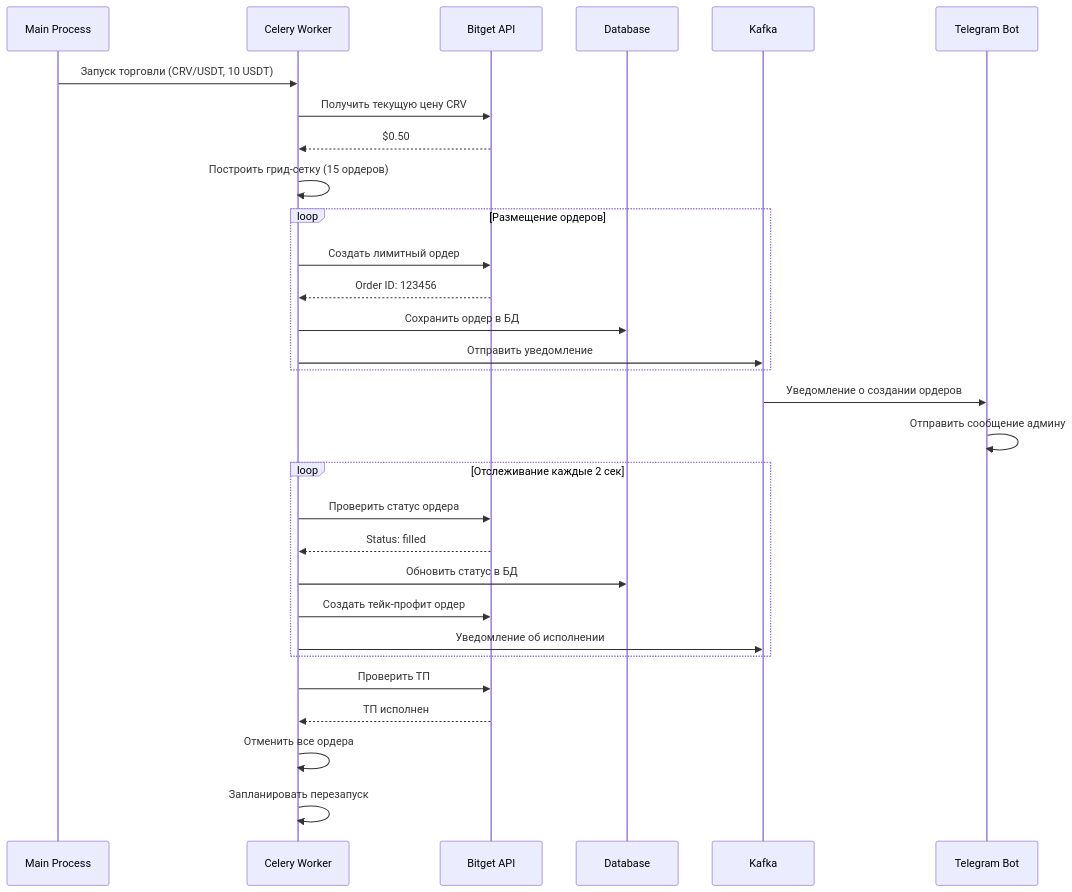
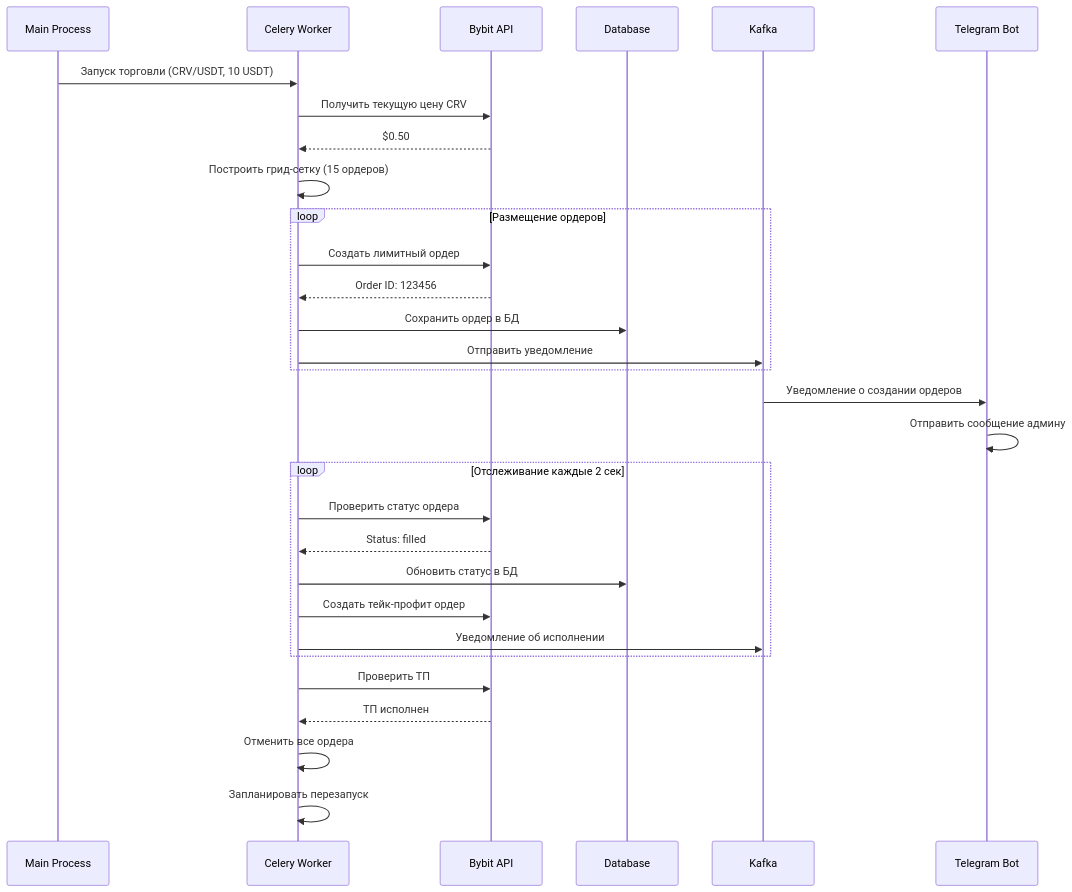
One commit to FessLeru/ProdAlexBot changed the second of 2 diagrams in ARCHITECTURE.md. Above: the diagram before and after it, drawn with Mermaid. The commit also changed other lines of this file and 21 other files, not shown here.

````diff
--- a/ARCHITECTURE.md
+++ b/ARCHITECTURE.md
@@ -68,37 +68,37 @@
 ```mermaid
 sequenceDiagram
     participant M as Main Process
     participant C as Celery Worker
-    participant B as Bitget API
+    participant B as Bybit API
     participant D as Database
     participant K as Kafka
     participant T as Telegram Bot
 
     M->>C: Запуск торговли (CRV/USDT, 10 USDT)
     C->>B: Получить текущую цену CRV
     B-->>C: $0.50
     C->>C: Построить грид-сетку (15 ордеров)
     
     loop Размещение ордеров
         C->>B: Создать лимитный ордер
         B-->>C: Order ID: 123456
         C->>D: Сохранить ордер в БД
         C->>K: Отправить уведомление
     end
     
     K->>T: Уведомление о создании ордеров
     T->>T: Отправить сообщение админу
     
     loop Отслеживание каждые 2 сек
         C->>B: Проверить статус ордера
         B-->>C: Status: filled
         C->>D: Обновить статус в БД
         C->>B: Создать тейк-профит ордер
         C->>K: Уведомление об исполнении
     end
     
     C->>B: Проверить ТП
     B-->>C: ТП исполнен
     C->>C: Отменить все ордера
     C->>C: Запланировать перезапуск
 ```
````
